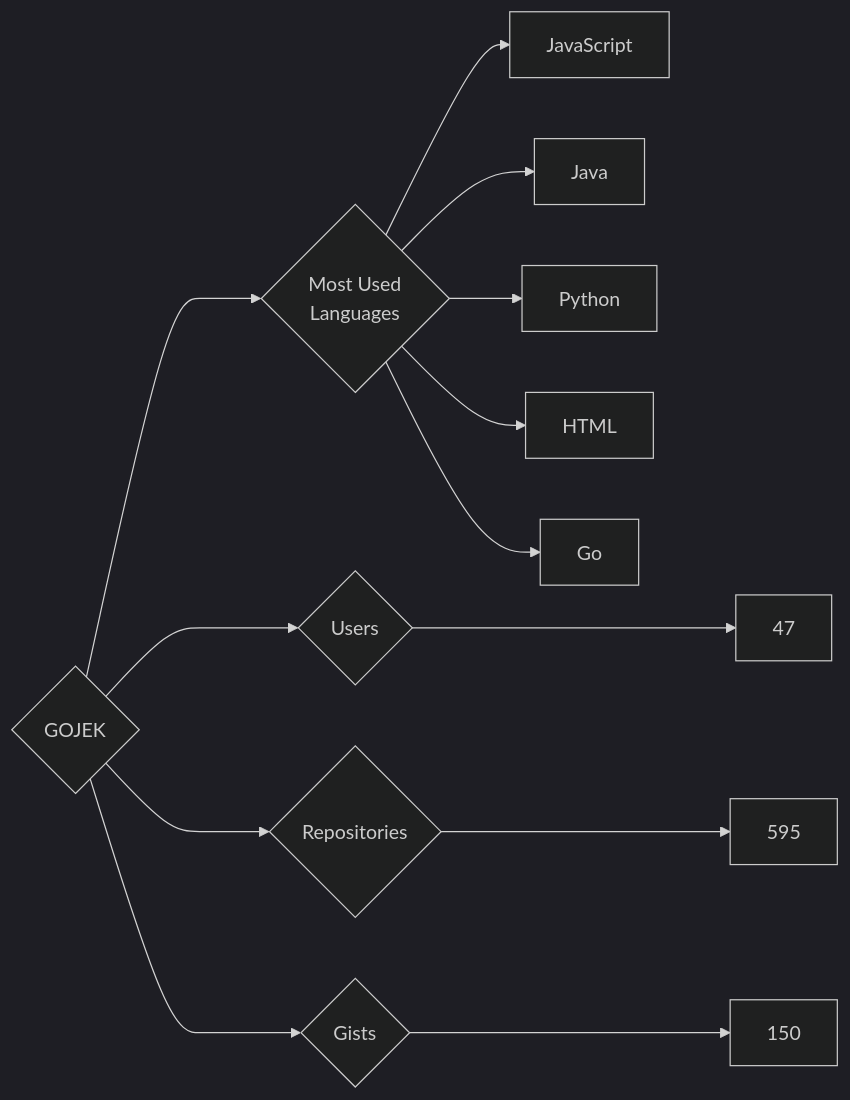
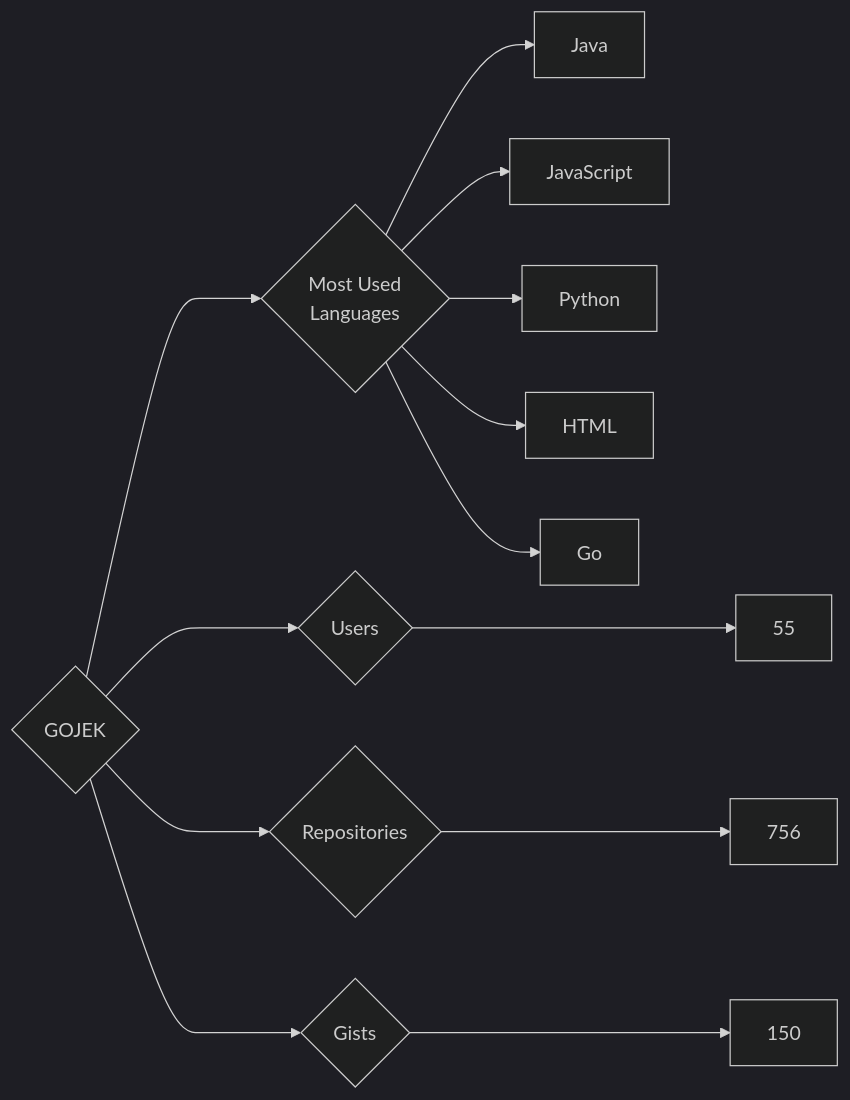
Before and after one commit to trickest/insiders: the diagram in targets/GOJEK/README.md, drawn with Mermaid (dark theme). The commit also changed 874 other files, not shown here.

````diff
--- a/targets/GOJEK/README.md
+++ b/targets/GOJEK/README.md
@@ -3,13 +3,13 @@
 ```mermaid
 graph LR
 COMPANY_NAME{GOJEK}
-COMPANY_NAME ---> U{Users} ---> UN[47]
-COMPANY_NAME ---> R{Repositories} ---> RN[595]
+COMPANY_NAME ---> U{Users} ---> UN[55]
+COMPANY_NAME ---> R{Repositories} ---> RN[756]
 COMPANY_NAME ---> G{Gists} ---> GN[150]
 COMPANY_NAME ---> ML{Most Used<br>Languages}
+ML --> Java[Java]
 ML --> JavaScript[JavaScript]
-ML --> Java[Java]
 ML --> Python[Python]
 ML --> HTML[HTML]
 ML --> Go[Go]
 ```
````
